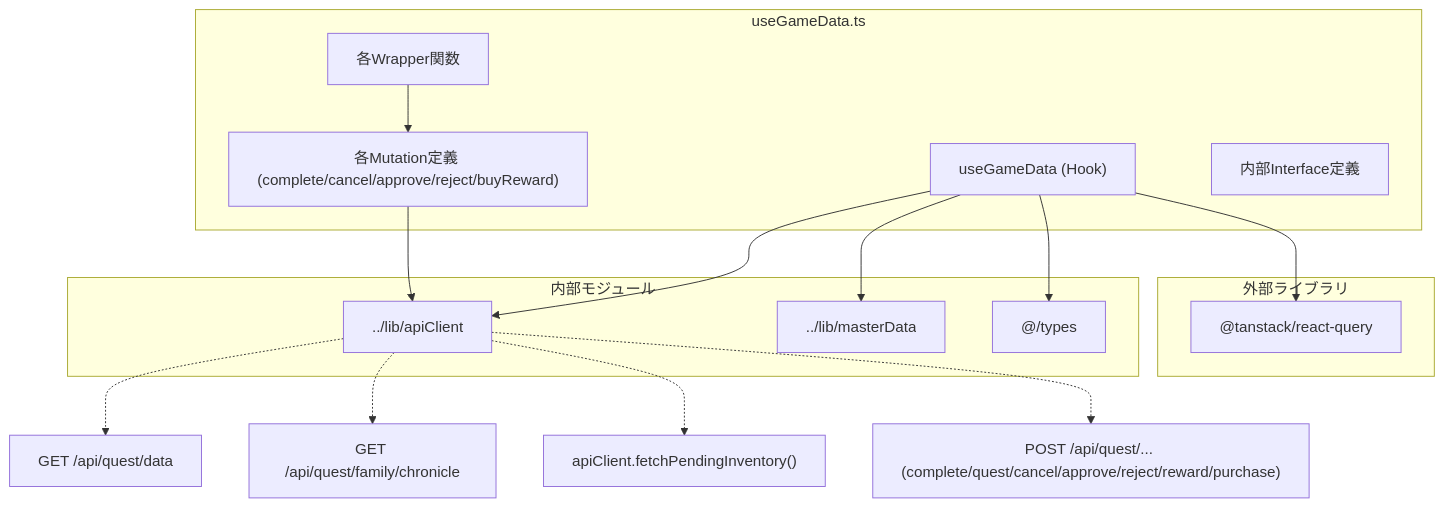
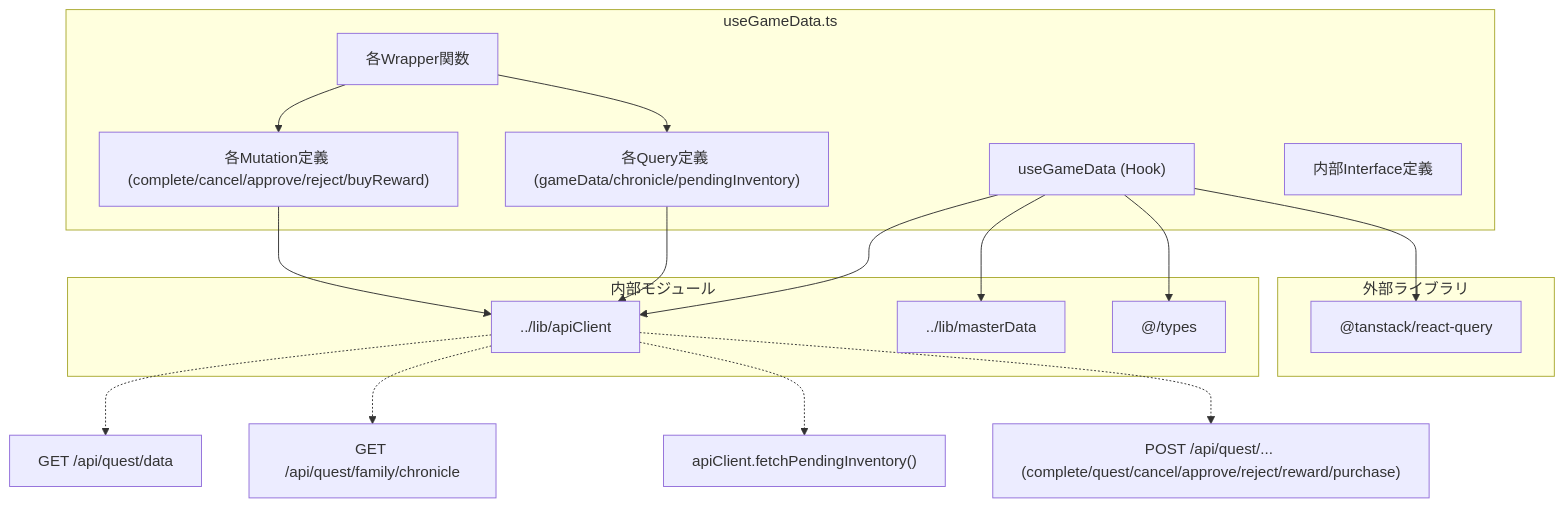
The second of 2 diagrams in docs/specifications/family-quest/src/hooks/useGameData.md (mmtigers/my_python_project), drawn with Mermaid before and after one commit. The commit also changed other lines of this file and 65 other files, not shown here.

````diff
--- a/docs/specifications/family-quest/src/hooks/useGameData.md
+++ b/docs/specifications/family-quest/src/hooks/useGameData.md
@@ -272,32 +233,34 @@
 ```mermaid
 graph TD
     subgraph "useGameData.ts"
         Hook_useGameData["useGameData (Hook)"]
+        Queries["各Query定義 (gameData/chronicle/pendingInventory)"]
         Mutations["各Mutation定義 (complete/cancel/approve/reject/buyReward)"]
         Wrappers["各Wrapper関数"]
         Types["内部Interface定義"]
     end
 
     subgraph "外部ライブラリ"
         ReactQuery["@tanstack/react-query"]
     end
 
     subgraph "内部モジュール"
         APIClient["../lib/apiClient"]
         MasterData["../lib/masterData"]
         AppTypes["@/types"]
     end
 
     Hook_useGameData --> ReactQuery
     Hook_useGameData --> APIClient
     Hook_useGameData --> MasterData
     Hook_useGameData --> AppTypes
+    Queries --> APIClient
     Mutations --> APIClient
     Wrappers --> Mutations
+    Wrappers --> Queries
 
     APIClient -.-> Endpoint_Data["GET /api/quest/data"]
     APIClient -.-> Endpoint_Chronicle["GET /api/quest/family/chronicle"]
     APIClient -.-> Endpoint_Pending["apiClient.fetchPendingInventory()"]
     APIClient -.-> Endpoint_Mutations["POST /api/quest/... (complete/quest/cancel/approve/reject/reward/purchase)"]
-
 ```
````
